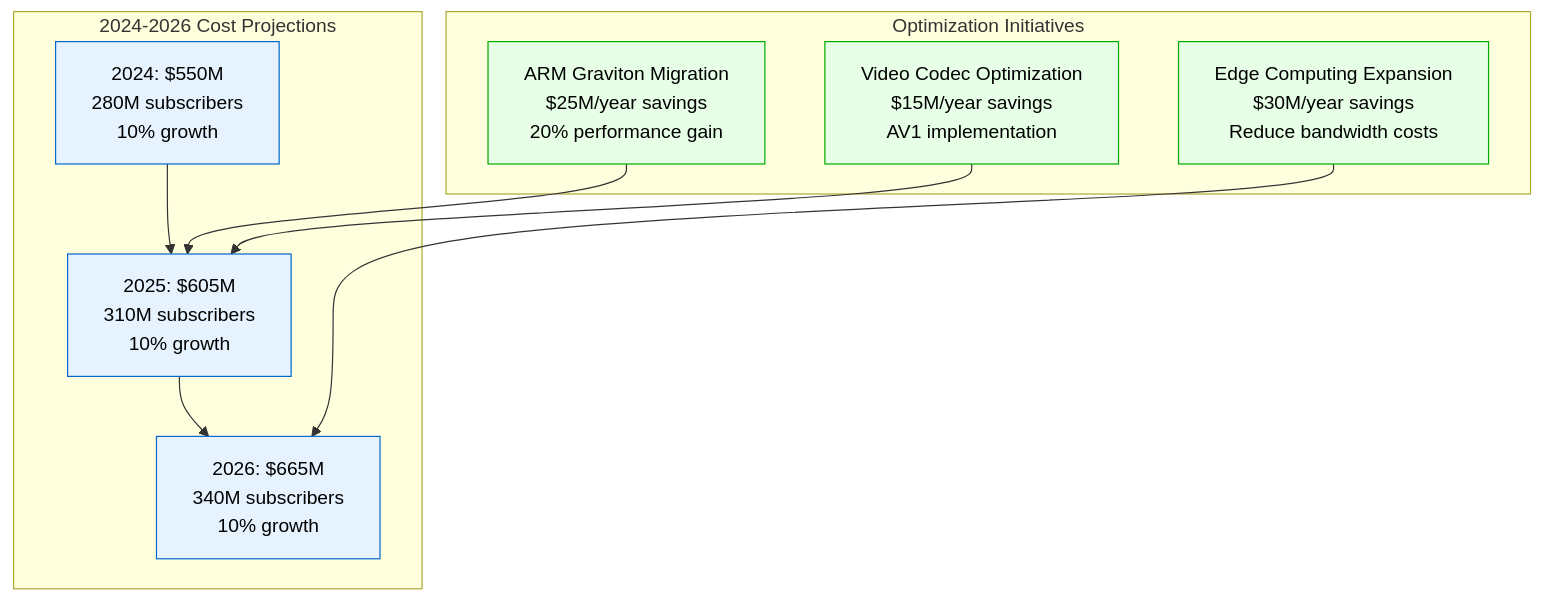
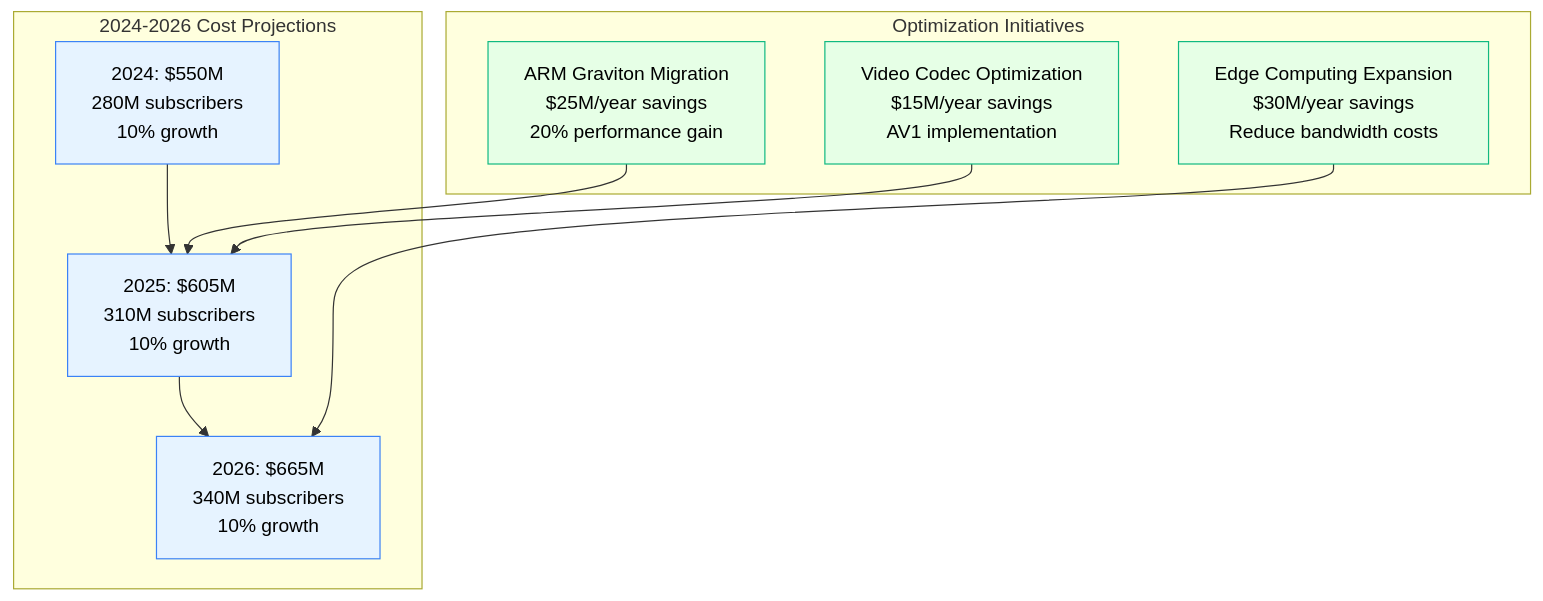
One commit to deepaucksharma/DS changed the fifth of 6 diagrams in site/docs/costs/netflix-infrastructure-500m.md. Above: the diagram before and after it, drawn with Mermaid. The commit also changed other lines of this file and 303 other files, not shown here.

````diff
--- a/site/docs/costs/netflix-infrastructure-500m.md
+++ b/site/docs/costs/netflix-infrastructure-500m.md
@@ -137,25 +137,25 @@
 ```mermaid
 graph TB
     subgraph "2024-2026 Cost Projections"
         Y2024["2024: $550M<br/>280M subscribers<br/>10% growth"]
         Y2025["2025: $605M<br/>310M subscribers<br/>10% growth"]
         Y2026["2026: $665M<br/>340M subscribers<br/>10% growth"]
     end
 
     subgraph "Optimization Initiatives"
         OPT1["ARM Graviton Migration<br/>$25M/year savings<br/>20% performance gain"]
         OPT2["Video Codec Optimization<br/>$15M/year savings<br/>AV1 implementation"]
         OPT3["Edge Computing Expansion<br/>$30M/year savings<br/>Reduce bandwidth costs"]
     end
 
     Y2024 --> Y2025 --> Y2026
     OPT1 --> Y2025
     OPT2 --> Y2025
     OPT3 --> Y2026
 
-    classDef projectionStyle fill:#E6F3FF,stroke:#0066CC,color:#000
-    classDef optimizationStyle fill:#E6FFE6,stroke:#00AA00,color:#000
+    classDef projectionStyle fill:#E6F3FF,stroke:#3B82F6,color:#000
+    classDef optimizationStyle fill:#E6FFE6,stroke:#10B981,color:#000
 
     class Y2024,Y2025,Y2026 projectionStyle
     class OPT1,OPT2,OPT3 optimizationStyle
 ```
````
